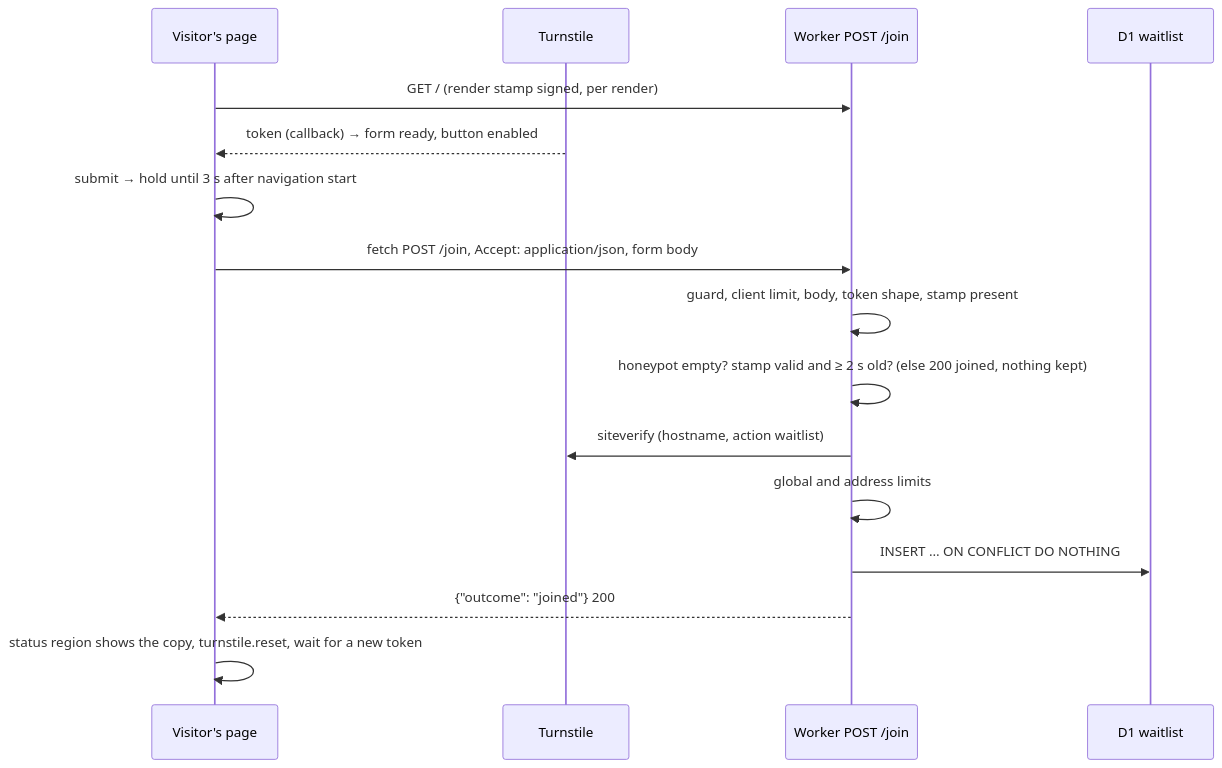
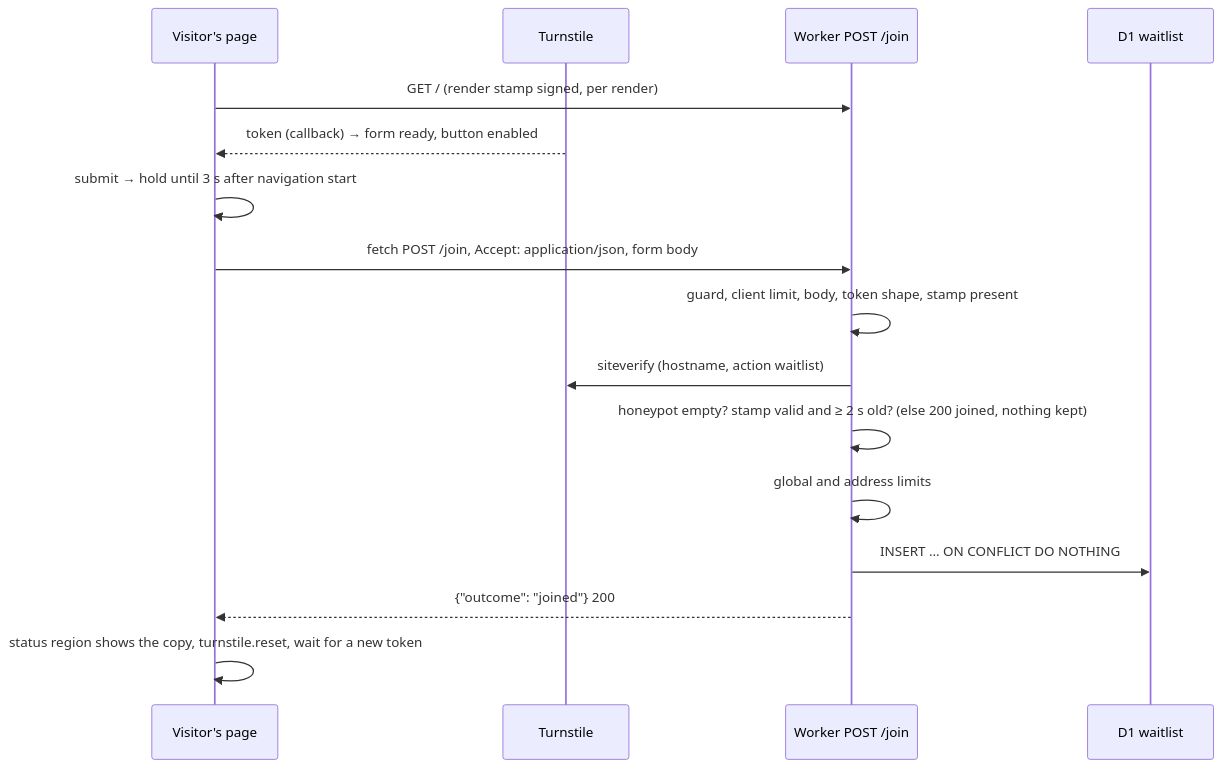
One commit to dhyegocalota/todz changed the diagram in docs/features/waitlist-inline/spec.md. Above: the diagram before and after it, drawn with Mermaid. The commit also changed other lines of this file and 6 other files, not shown here.

````diff
--- a/docs/features/waitlist-inline/spec.md
+++ b/docs/features/waitlist-inline/spec.md
@@ -35,18 +36,18 @@
 ```mermaid
 sequenceDiagram
   participant V as Visitor's page
   participant T as Turnstile
   participant W as Worker POST /join
   participant D as D1 waitlist
   V->>W: GET / (render stamp signed, per render)
   T-->>V: token (callback) → form ready, button enabled
   V->>V: submit → hold until 3 s after navigation start
   V->>W: fetch POST /join, Accept: application/json, form body
   W->>W: guard, client limit, body, token shape, stamp present
+  W->>T: siteverify (hostname, action waitlist)
   W->>W: honeypot empty? stamp valid and ≥ 2 s old? (else 200 joined, nothing kept)
-  W->>T: siteverify (hostname, action waitlist)
   W->>W: global and address limits
   W->>D: INSERT … ON CONFLICT DO NOTHING
   W-->>V: {"outcome": "joined"} 200
   V->>V: status region shows the copy, turnstile.reset, wait for a new token
 ```
````
